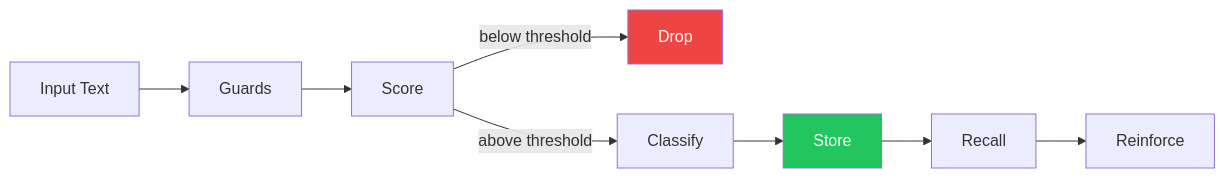
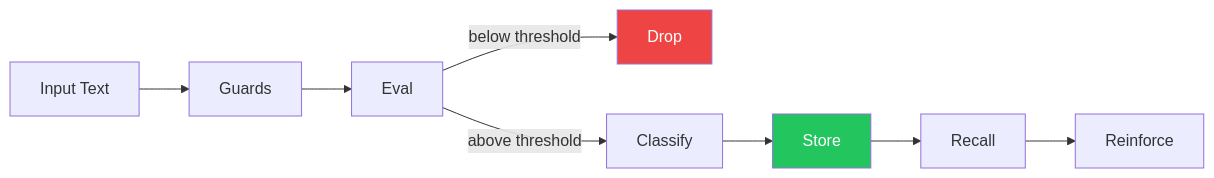
Before and after one commit to aacebo/loom: the diagram in docs/README.md, drawn with Mermaid. The commit also changed other lines of this file and 66 other files, not shown here.

````diff
--- a/docs/README.md
+++ b/docs/README.md
@@ -22,13 +22,13 @@
 ```mermaid
 flowchart LR
     A[Input Text] --> B[Guards]
-    B --> C[Score]
+    B --> C[Eval]
     C -->|below threshold| D[Drop]
     C -->|above threshold| E[Classify]
     E --> F[Store]
     F --> G[Recall]
     G --> H[Reinforce]
 
     style D fill:#ef4444,color:#fff
     style F fill:#22c55e,color:#fff
 ```
````
